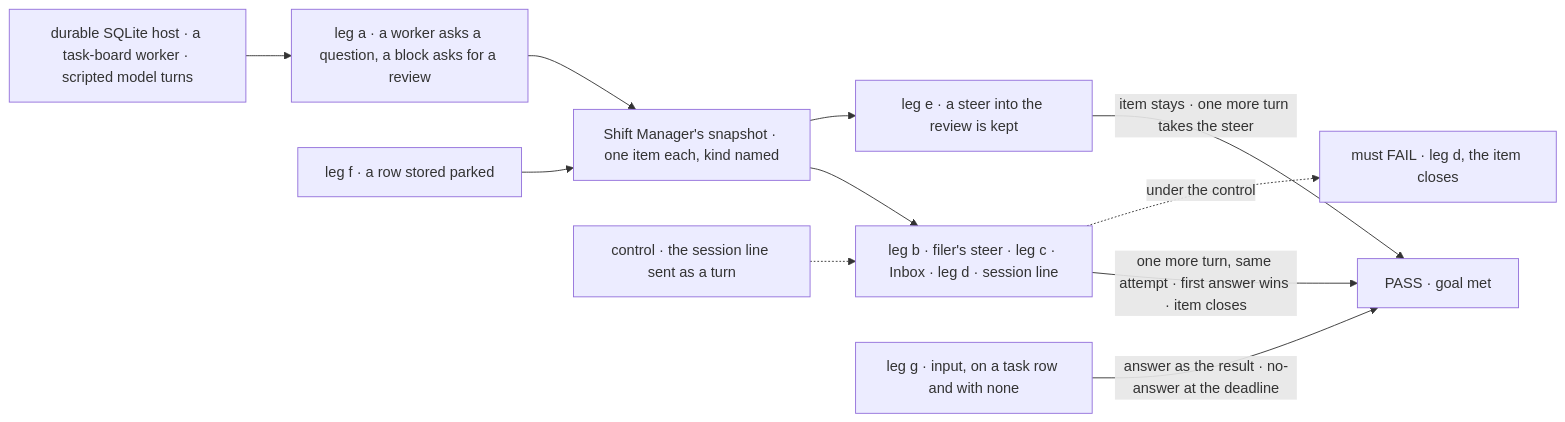
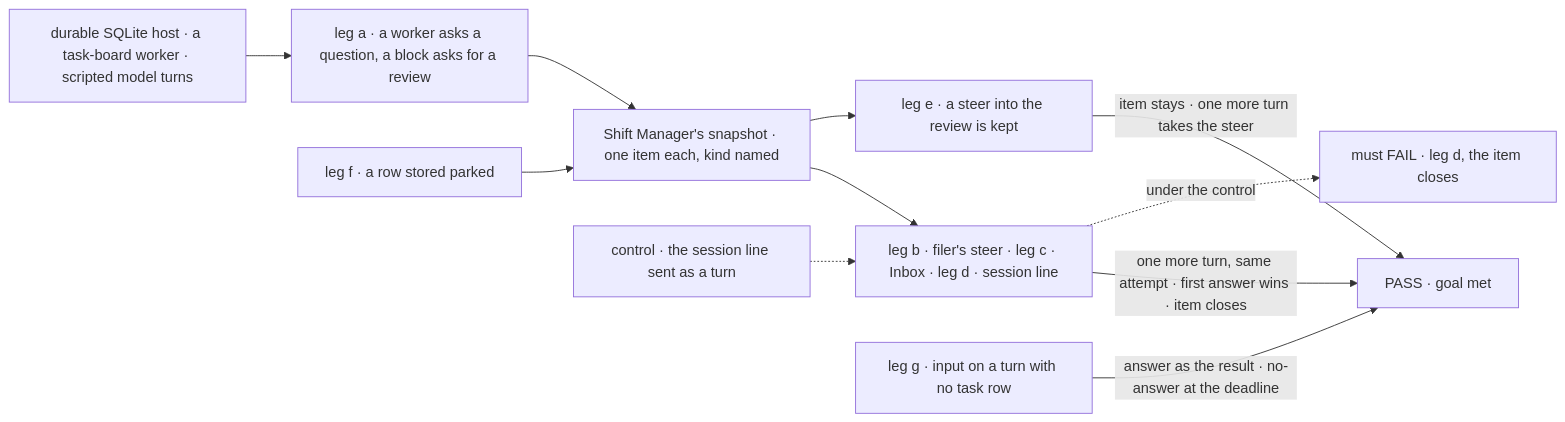
The first of 2 diagrams in specs/issues/FIX-2131/SPEC.md (fixpoint-labs/flow-state-dev), drawn with Mermaid before and after one commit. The commit also changed other lines of this file and 1 other file, not shown here.

First line of the commit message:
spec(FIX-2131): revert input on task turns — the owner's #44 decision governs

````diff
--- a/specs/issues/FIX-2131/SPEC.md
+++ b/specs/issues/FIX-2131/SPEC.md
@@ -29,13 +29,13 @@
 ```mermaid
 flowchart LR
   H["durable SQLite host · a task-board worker · scripted model turns"] --> A["leg a · a worker asks a question, a block asks for a review"]
   A --> I["Shift Manager's snapshot · one item each, kind named"]
   I --> B["leg b · filer's steer · leg c · Inbox · leg d · session line"]
   I --> W["leg e · a steer into the review is kept"]
   L["leg f · a row stored parked"] --> I
-  N["leg g · input, on a task row and with none"] -->|"answer as the result · no-answer at the deadline"| P
+  N["leg g · input on a turn with no task row"] -->|"answer as the result · no-answer at the deadline"| P
   B -->|"one more turn, same attempt · first answer wins · item closes"| P["PASS · goal met"]
   W -->|"item stays · one more turn takes the steer"| P
   C["control · the session line sent as a turn"] -.-> B
   B -.->|"under the control"| F["must FAIL · leg d, the item closes"]
 ```
````
